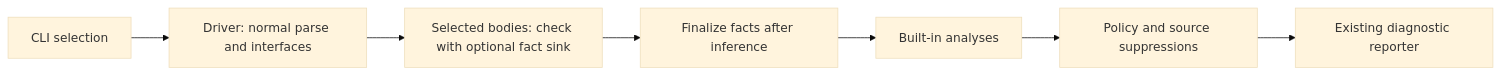
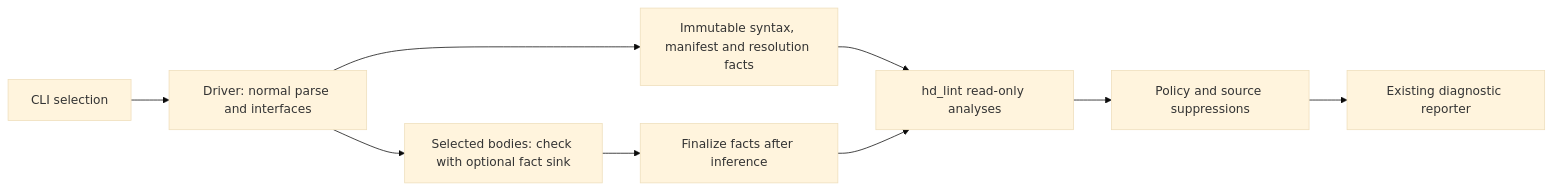
Before and after one commit to HerringtonDarkholme/hd-lang: the diagram in docs/future-work/HD_LINT.md, drawn with Mermaid (base theme). The commit also changed other lines of this file and 1 other file, not shown here.

First line of the commit message:
Design a separate crate for hd lint warnings

````diff
--- a/docs/future-work/HD_LINT.md
+++ b/docs/future-work/HD_LINT.md
@@ -380,9 +525,11 @@
 ```mermaid
 flowchart LR
   C[CLI selection] --> D[Driver: normal parse and interfaces]
   D --> T[Selected bodies: check with optional fact sink]
   T --> F[Finalize facts after inference]
-  F --> L[Built-in analyses]
+  D --> A[Immutable syntax, manifest and resolution facts]
+  A --> L[hd_lint read-only analyses]
+  F --> L
   L --> P[Policy and source suppressions]
   P --> R[Existing diagnostic reporter]
 ```
````
